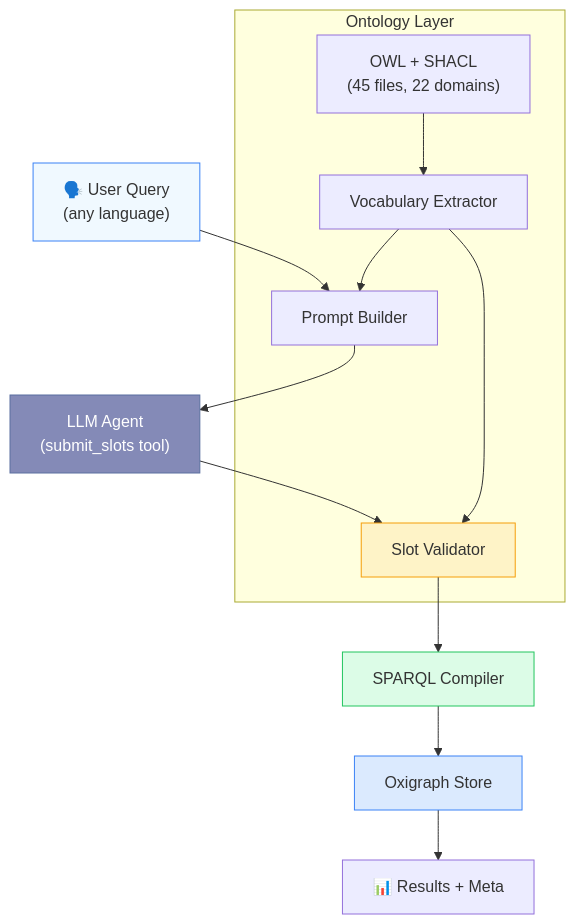
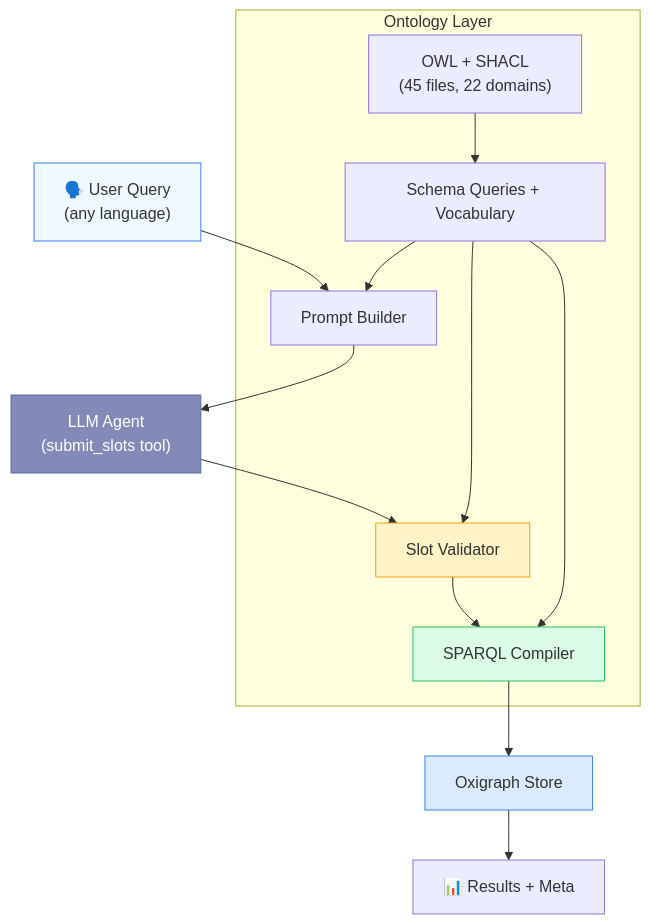
The first of 5 diagrams in apps/docs/architecture.md (ASCS-eV/ontology-based-nl-search), drawn with Mermaid before and after one commit. The commit also changed other lines of this file and 9 other files, not shown here.

First line of the commit message:
docs: update documentation for graph-driven multi-domain architecture

````diff
--- a/apps/docs/architecture.md
+++ b/apps/docs/architecture.md
@@ -7,21 +7,22 @@
 ```mermaid
 graph TD
     Q["🗣️ User Query<br/>(any language)"] --> PB["Prompt Builder"]
     PB --> LLM["LLM Agent<br/>(submit_slots tool)"]
     LLM --> SV["Slot Validator"]
     SV --> SC["SPARQL Compiler"]
     SC --> OX["Oxigraph Store"]
     OX --> RES["📊 Results + Meta"]
 
     subgraph "Ontology Layer"
-      OWL["OWL + SHACL<br/>(45 files, 22 domains)"] --> VE["Vocabulary Extractor"]
-      VE --> PB
-      VE --> SV
+      OWL["OWL + SHACL<br/>(45 files, 22 domains)"] --> SQ["Schema Queries + Vocabulary"]
+      SQ --> PB
+      SQ --> SV
+      SQ --> SC
     end
 
     style Q fill:#f0f9ff,stroke:#3b82f6
     style LLM fill:#848ab7,stroke:#5a6f9f,color:#fff
     style SV fill:#fef3c7,stroke:#f59e0b
     style SC fill:#dcfce7,stroke:#22c55e
     style OX fill:#dbeafe,stroke:#3b82f6
 ```
````
